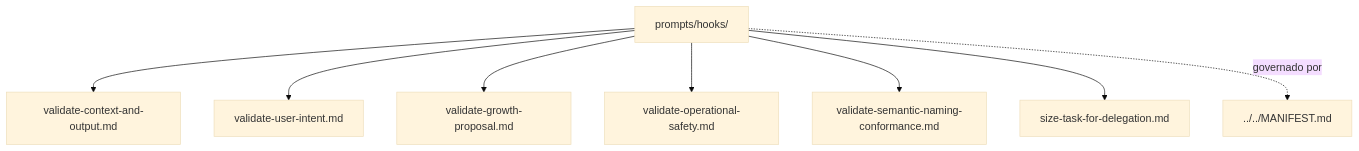
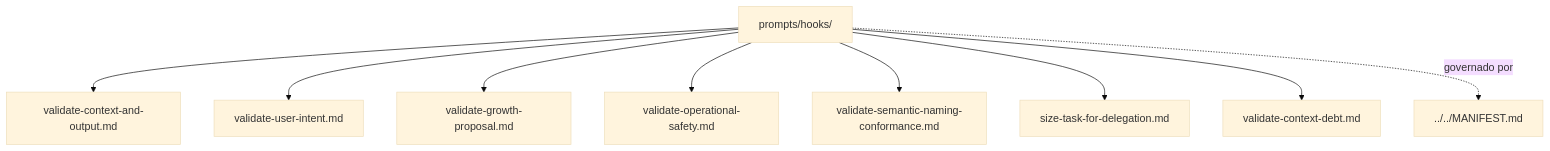
Before and after one commit to moreira-and/agent-ops: the diagram in prompts/hooks/README.md, drawn with Mermaid (base theme). The commit also changed other lines of this file and 17 other files, not shown here.

````diff
--- a/prompts/hooks/README.md
+++ b/prompts/hooks/README.md
@@ -92,11 +94,12 @@
 ```mermaid
 flowchart TD
     current["prompts/hooks/"]
     current --> n1["validate-context-and-output.md"]
     current --> n2["validate-user-intent.md"]
     current --> n3["validate-growth-proposal.md"]
     current --> n4["validate-operational-safety.md"]
     current --> n5["validate-semantic-naming-conformance.md"]
     current --> n6["size-task-for-delegation.md"]
-    current -. "governado por" .-> n7["../../MANIFEST.md"]
+    current --> n7["validate-context-debt.md"]
+    current -. "governado por" .-> n8["../../MANIFEST.md"]
 ```
````
